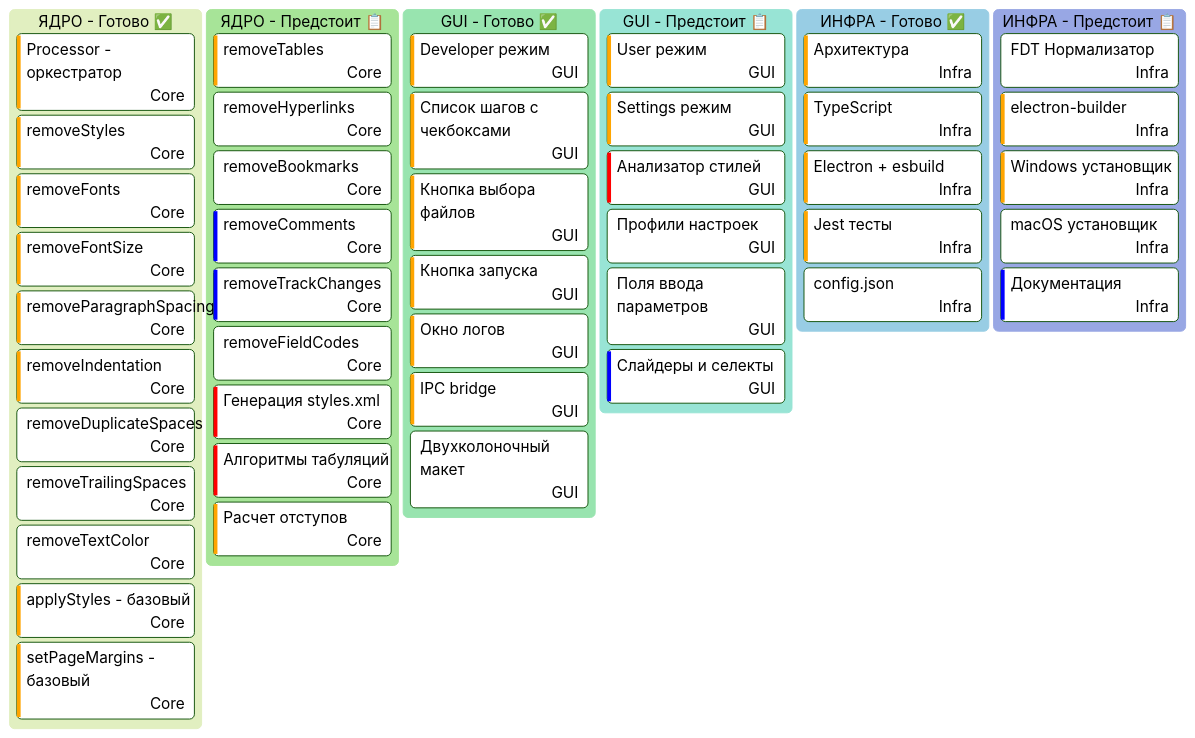
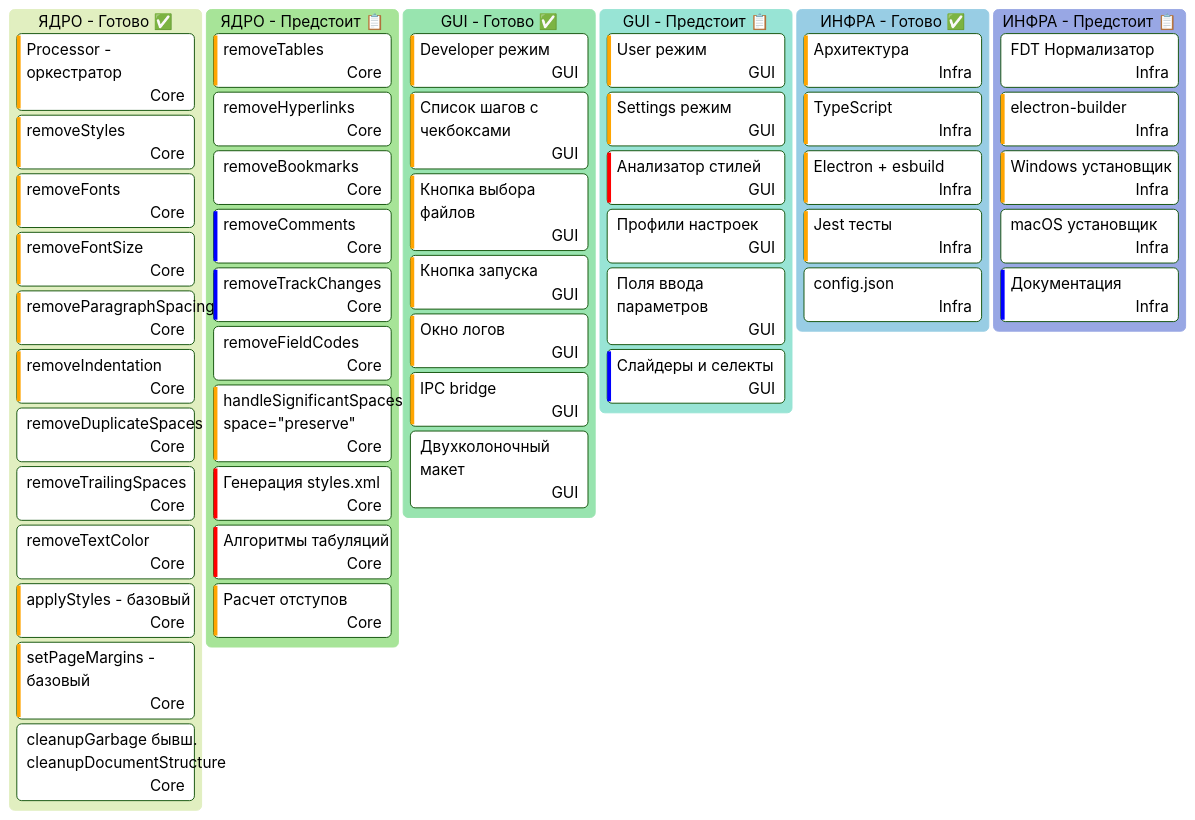
Before and after one commit to AlexanderKuzikov/OptimizatorNG: the diagram in docs/modules-breakdown.mmd, drawn with Mermaid (forest theme). The commit also changed 6 other files, not shown here.

```diff
--- a/docs/modules-breakdown.mmd
+++ b/docs/modules-breakdown.mmd
@@ -1,55 +1,57 @@
 kanban
   ЯДРО - Готово ✅
     [Processor - оркестратор]@{ assigned: 'Core', priority: 'High' }
     [removeStyles]@{ assigned: 'Core', priority: 'High' }
     [removeFonts]@{ assigned: 'Core', priority: 'High' }
     [removeFontSize]@{ assigned: 'Core', priority: 'High' }
     [removeParagraphSpacing]@{ assigned: 'Core', priority: 'High' }
     [removeIndentation]@{ assigned: 'Core', priority: 'High' }
     [removeDuplicateSpaces]@{ assigned: 'Core', priority: 'Medium' }
     [removeTrailingSpaces]@{ assigned: 'Core', priority: 'Medium' }
     [removeTextColor]@{ assigned: 'Core', priority: 'Medium' }
     [applyStyles - базовый]@{ assigned: 'Core', priority: 'High' }
     [setPageMargins - базовый]@{ assigned: 'Core', priority: 'High' }
-  
+    [cleanupGarbage бывш. cleanupDocumentStructure]@{ assigned: 'Core', priority: 'Medium' }
+
   ЯДРО - Предстоит 📋
     [removeTables]@{ assigned: 'Core', priority: 'High' }
     [removeHyperlinks]@{ assigned: 'Core', priority: 'Medium' }
     [removeBookmarks]@{ assigned: 'Core', priority: 'Medium' }
     [removeComments]@{ assigned: 'Core', priority: 'Low' }
     [removeTrackChanges]@{ assigned: 'Core', priority: 'Low' }
     [removeFieldCodes]@{ assigned: 'Core', priority: 'Medium' }
+    [handleSignificantSpaces space="preserve"]@{ assigned: 'Core', priority: 'High' }
     [Генерация styles.xml]@{ assigned: 'Core', priority: 'Very High' }
     [Алгоритмы табуляций]@{ assigned: 'Core', priority: 'Very High' }
     [Расчет отступов]@{ assigned: 'Core', priority: 'High' }
-  
+
   GUI - Готово ✅
     [Developer режим]@{ assigned: 'GUI', priority: 'High' }
     [Список шагов с чекбоксами]@{ assigned: 'GUI', priority: 'High' }
     [Кнопка выбора файлов]@{ assigned: 'GUI', priority: 'High' }
     [Кнопка запуска]@{ assigned: 'GUI', priority: 'High' }
     [Окно логов]@{ assigned: 'GUI', priority: 'High' }
     [IPC bridge]@{ assigned: 'GUI', priority: 'High' }
     [Двухколоночный макет]@{ assigned: 'GUI', priority: 'Medium' }
-  
+
   GUI - Предстоит 📋
     [User режим]@{ assigned: 'GUI', priority: 'High' }
     [Settings режим]@{ assigned: 'GUI', priority: 'High' }
     [Анализатор стилей]@{ assigned: 'GUI', priority: 'Very High' }
     [Профили настроек]@{ assigned: 'GUI', priority: 'Medium' }
     [Поля ввода параметров]@{ assigned: 'GUI', priority: 'Medium' }
     [Слайдеры и селекты]@{ assigned: 'GUI', priority: 'Low' }
-  
+
   ИНФРА - Готово ✅
     [Архитектура]@{ assigned: 'Infra', priority: 'High' }
     [TypeScript]@{ assigned: 'Infra', priority: 'High' }
     [Electron + esbuild]@{ assigned: 'Infra', priority: 'High' }
     [Jest тесты]@{ assigned: 'Infra', priority: 'High' }
     [config.json]@{ assigned: 'Infra', priority: 'Medium' }
-  
+
   ИНФРА - Предстоит 📋
     [FDT Нормализатор]@{ assigned: 'Infra', priority: 'Medium' }
     [electron-builder]@{ assigned: 'Infra', priority: 'High' }
     [Windows установщик]@{ assigned: 'Infra', priority: 'High' }
     [macOS установщик]@{ assigned: 'Infra', priority: 'Medium' }
     [Документация]@{ assigned: 'Infra', priority: 'Low' }
```
